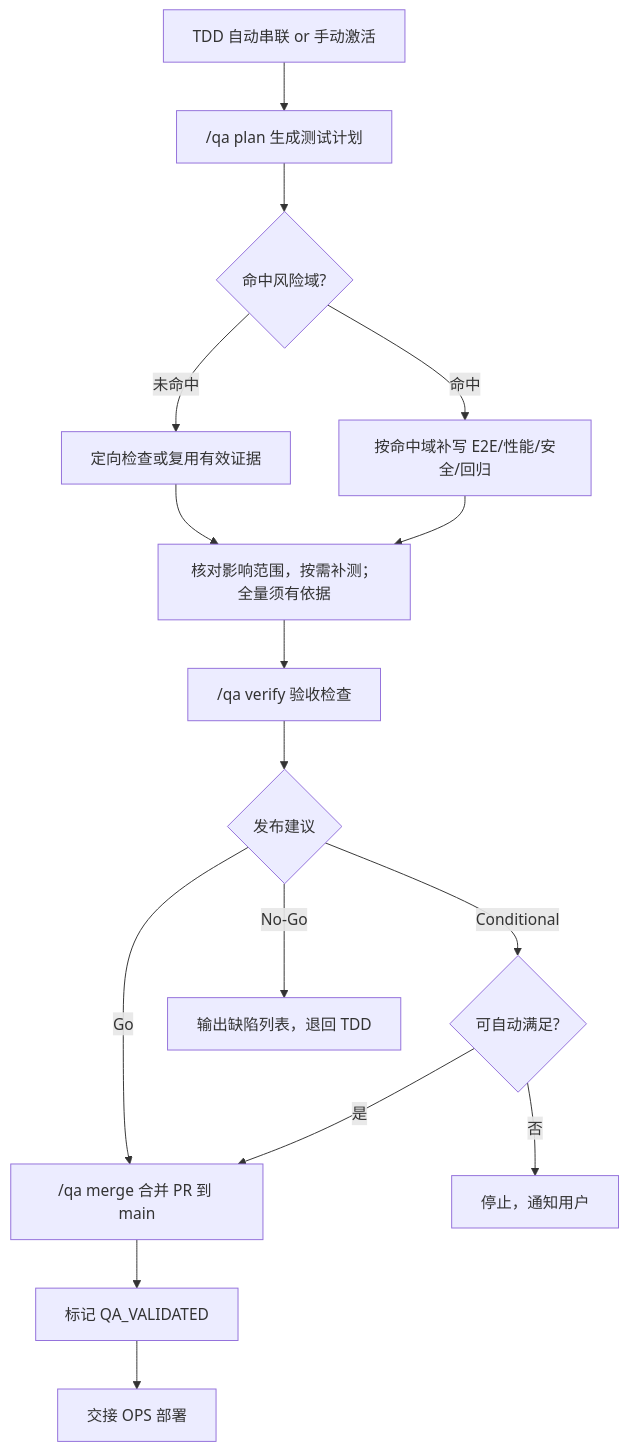
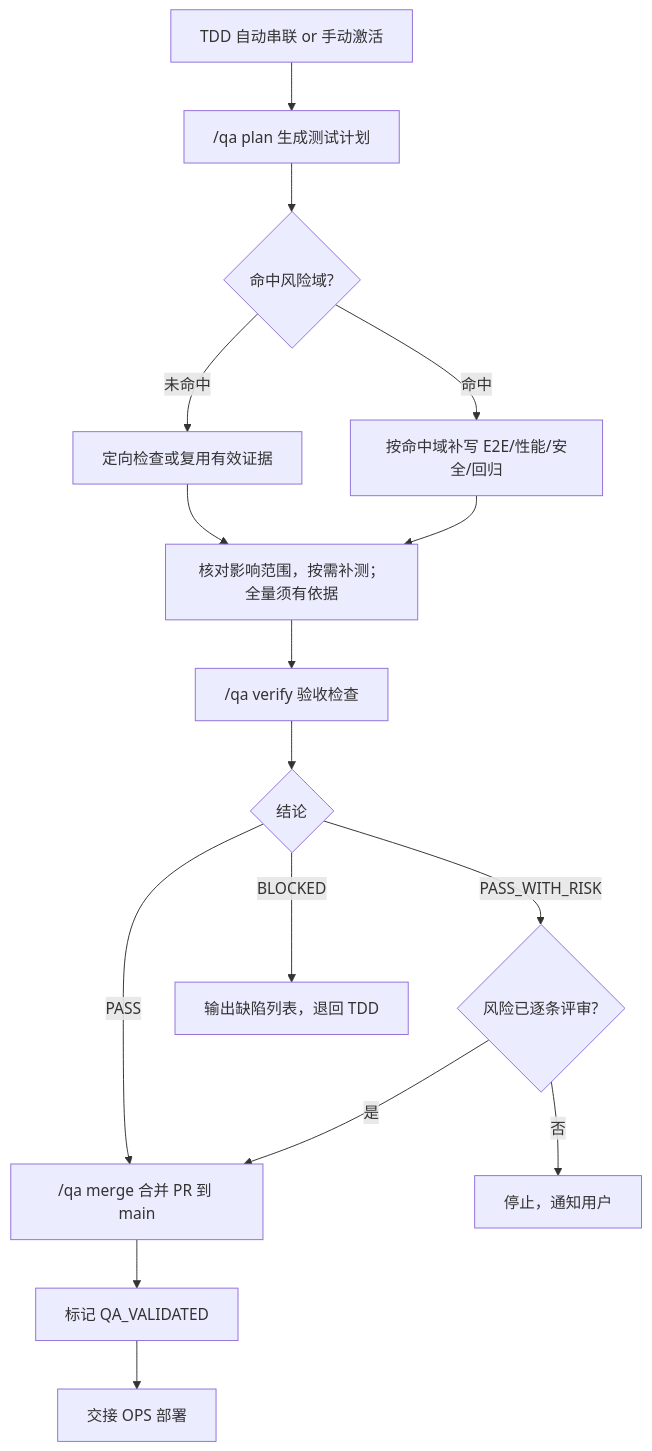
Before and after one commit to hollisyao2024/PromptsEngineering: the diagram in AgentRoles/Handbooks/QA-TESTING-EXPERT.playbook.md, drawn with Mermaid. The commit also changed other lines of this file and 18 other files, not shown here.

````diff
--- a/AgentRoles/Handbooks/QA-TESTING-EXPERT.playbook.md
+++ b/AgentRoles/Handbooks/QA-TESTING-EXPERT.playbook.md
@@ -633,18 +728,18 @@
 ```mermaid
 flowchart TD
     A[TDD 自动串联 or 手动激活] --> B["/qa plan 生成测试计划"]
     B --> B1{命中风险域?}
     B1 -->|未命中| B2[定向检查或复用有效证据]
     B1 -->|命中| B3["按命中域补写 E2E/性能/安全/回归"]
     B2 --> C["核对影响范围，按需补测；全量须有依据"]
     B3 --> C
     C --> D["/qa verify 验收检查"]
-    D --> E{发布建议}
-    E -->|Go| F["/qa merge 合并 PR 到 main"]
-    E -->|Conditional| G{可自动满足?}
+    D --> E{结论}
+    E -->|PASS| F["/qa merge 合并 PR 到 main"]
+    E -->|PASS_WITH_RISK| G{风险已逐条评审?}
     G -->|是| F
     G -->|否| STOP[停止，通知用户]
-    E -->|No-Go| H["输出缺陷列表，退回 TDD"]
+    E -->|BLOCKED| H["输出缺陷列表，退回 TDD"]
     F --> I[标记 QA_VALIDATED]
     I --> J[交接 OPS 部署]
 ```
````
